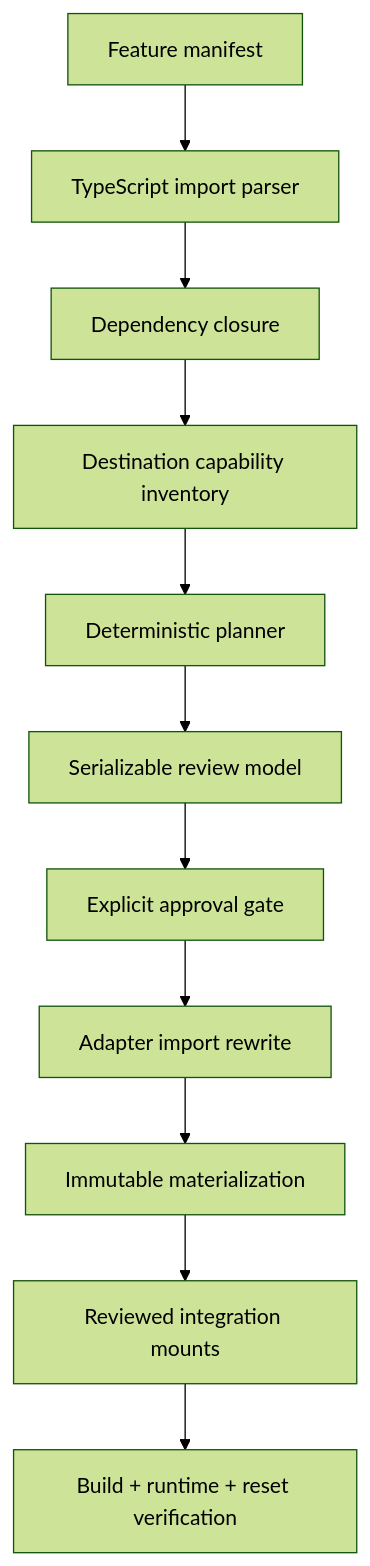
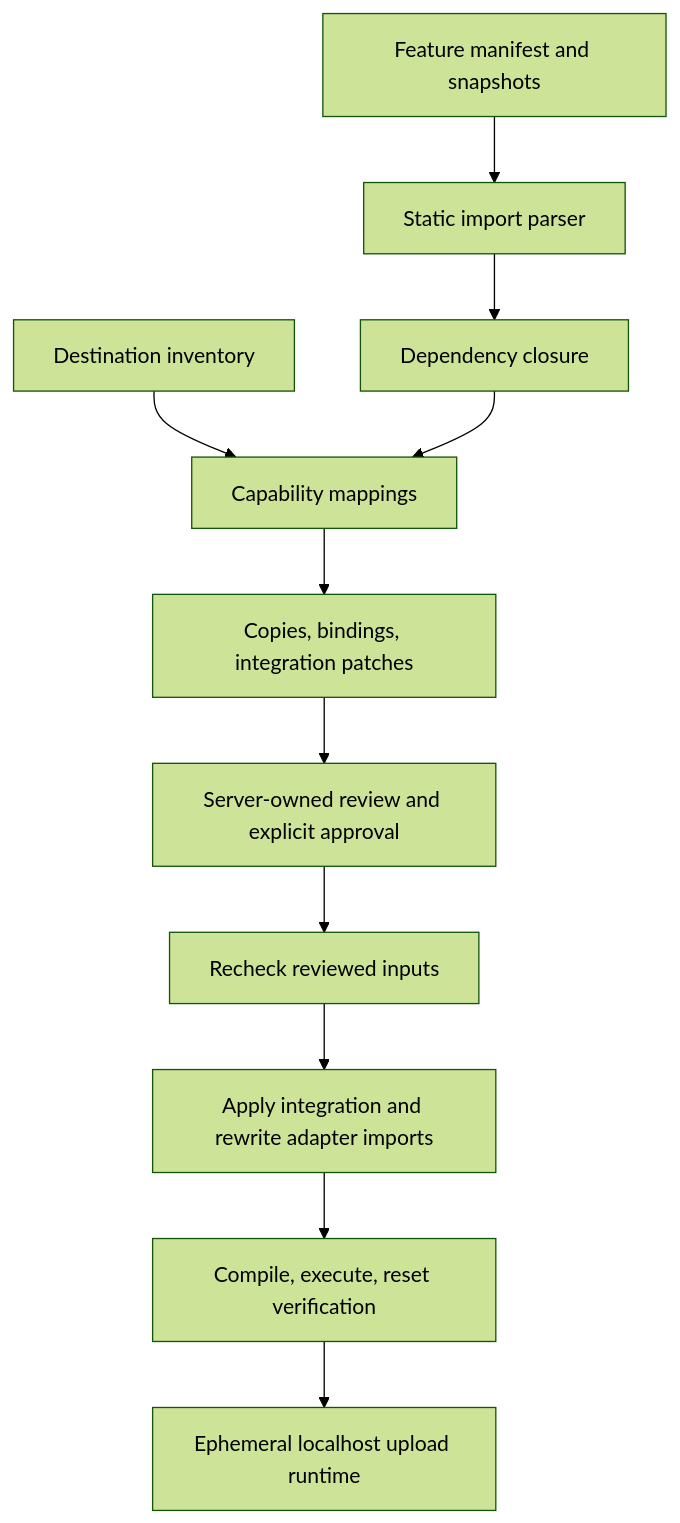
Before and after one commit to shlbi/graft: the second of 2 diagrams in README.md, drawn with Mermaid (forest theme). The commit also changed other lines of this file and 6 other files, not shown here.

````diff
--- a/README.md
+++ b/README.md
@@ -170,13 +133,13 @@
 ```mermaid
-flowchart TB
-  Manifest[Feature manifest] --> Parser[TypeScript import parser]
-  Parser --> Closure[Dependency closure]
-  Closure --> Inventory[Destination capability inventory]
-  Inventory --> Planner[Deterministic planner]
-  Planner --> Review[Serializable review model]
-  Review --> Approval[Explicit approval gate]
-  Approval --> Rewrite[Adapter import rewrite]
-  Rewrite --> Materialize[Immutable materialization]
-  Materialize --> Integrate[Reviewed integration mounts]
-  Integrate --> Verify[Build + runtime + reset verification]
+flowchart TD
+  M[Feature manifest and snapshots] --> P[Static import parser]
+  P --> C[Dependency closure]
+  I[Destination inventory] --> B[Capability mappings]
+  C --> B
+  B --> R[Copies, bindings, integration patches]
+  R --> H[Server-owned review and explicit approval]
+  H --> G[Recheck reviewed inputs]
+  G --> A[Apply integration and rewrite adapter imports]
+  A --> V[Compile, execute, reset verification]
+  V --> U[Ephemeral localhost upload runtime]
 ```
````
